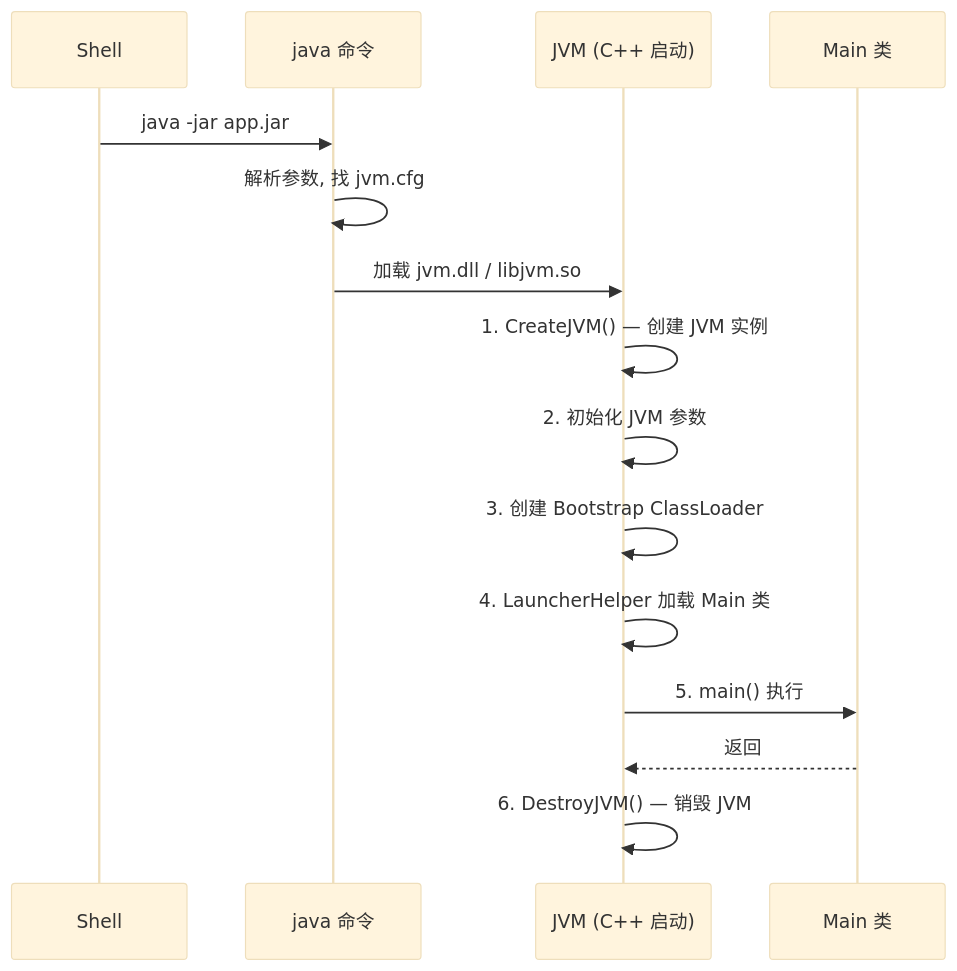
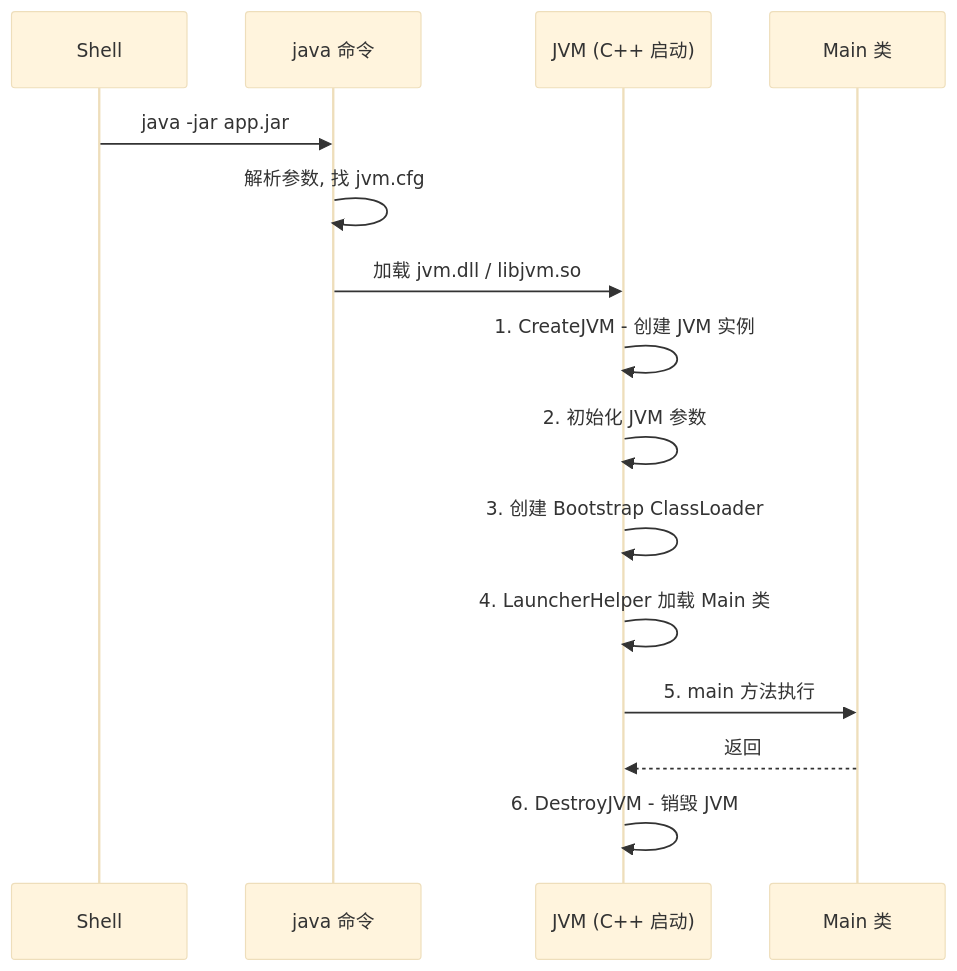
Diagram 17 of 25 in jvm-source-deep-dive.md (SilkLee/full-stack-guide), drawn with Mermaid (base theme) before and after one commit. The commit also changed other lines of this file, not shown here.

Commit message:
Remove all remaining parentheses from sequence diagram messages for absolute Mermaid compatibility

````diff
--- a/jvm-source-deep-dive.md
+++ b/jvm-source-deep-dive.md
@@ -707,18 +707,18 @@
 ```mermaid
 sequenceDiagram
     participant Shell as Shell
     participant Java as java 命令
     participant JVM as JVM (C++ 启动)
     participant Main as Main 类
 
     Shell->>Java: java -jar app.jar
     Java->>Java: 解析参数, 找 jvm.cfg
     Java->>JVM: 加载 jvm.dll / libjvm.so
-    JVM->>JVM: 1. CreateJVM() — 创建 JVM 实例
+    JVM->>JVM: 1. CreateJVM - 创建 JVM 实例
     JVM->>JVM: 2. 初始化 JVM 参数
     JVM->>JVM: 3. 创建 Bootstrap ClassLoader
     JVM->>JVM: 4. LauncherHelper 加载 Main 类
-    JVM->>Main: 5. main() 执行
+    JVM->>Main: 5. main 方法执行
     Main-->>JVM: 返回
-    JVM->>JVM: 6. DestroyJVM() — 销毁 JVM
+    JVM->>JVM: 6. DestroyJVM - 销毁 JVM
 ```
````
